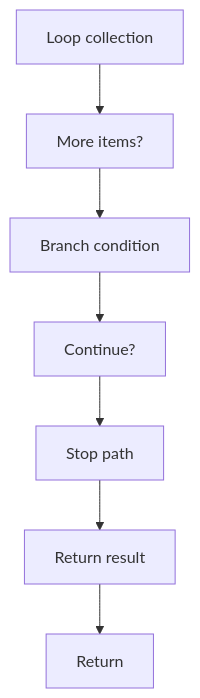
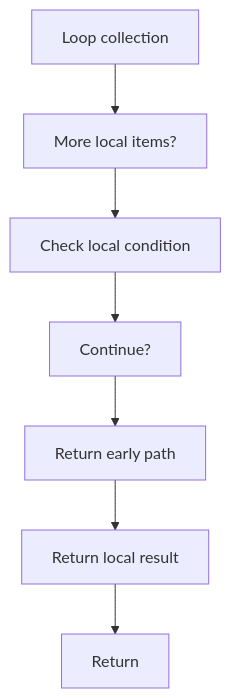
One commit to JohnAndrewBalbarosa/NeoTerritory changed the second of 2 diagrams in docs/Codebase/Microservice/Modules/Source/OutputGeneration/UnitTestGeneration/validate_file_pairing.cpp.md. Above: the diagram before and after it, drawn with Mermaid. The commit also changed other lines of this file and 925 other files, not shown here.

````diff
--- a/docs/Codebase/Microservice/Modules/Source/OutputGeneration/UnitTestGeneration/validate_file_pairing.cpp.md
+++ b/docs/Codebase/Microservice/Modules/Source/OutputGeneration/UnitTestGeneration/validate_file_pairing.cpp.md
@@ -54,16 +54,16 @@
 ```mermaid
 flowchart TD
     N0["Loop collection"]
-    N1["More items?"]
-    N2["Branch condition"]
+    N1["More local items?"]
+    N2["Check local condition"]
     N3["Continue?"]
-    N4["Stop path"]
-    N5["Return result"]
+    N4["Return early path"]
+    N5["Return local result"]
     N6["Return"]
     N0 --> N1
     N1 --> N2
     N2 --> N3
     N3 --> N4
     N4 --> N5
     N5 --> N6
 ```
````
